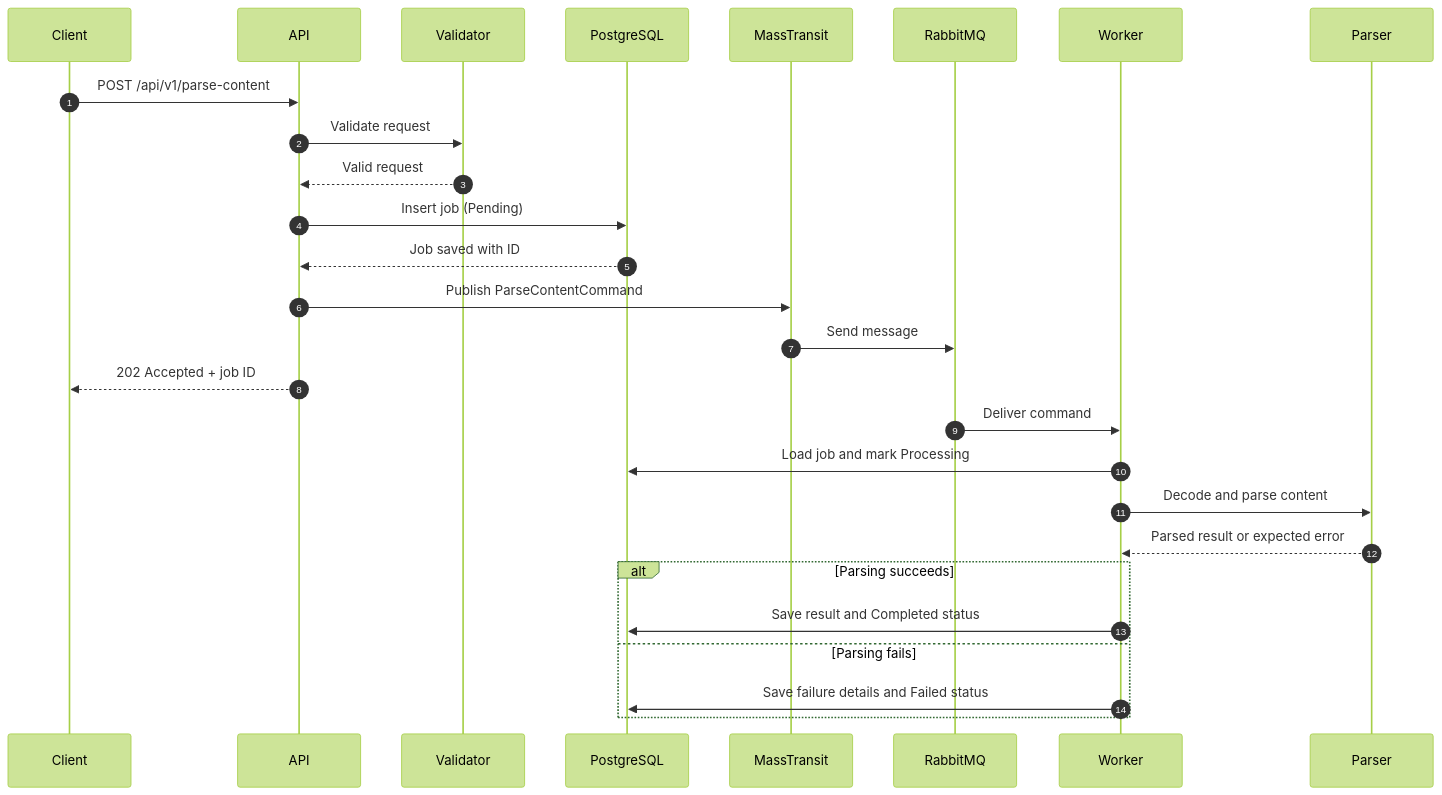
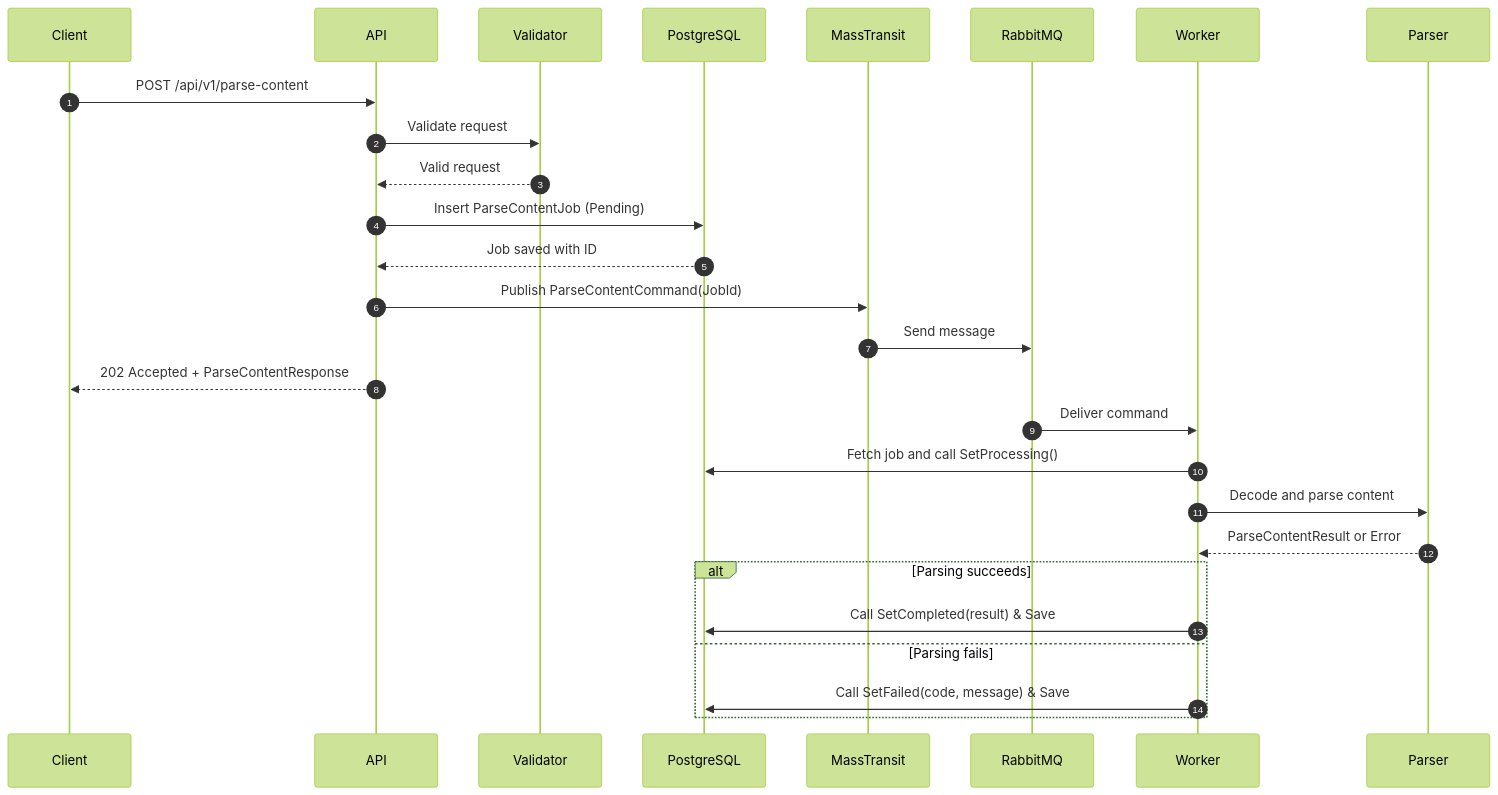
Before and after one commit to DaniilHed/GenerativeParser: the second of 4 diagrams in README.md, drawn with Mermaid (forest theme). The commit also changed other lines of this file, not shown here.

````diff
--- a/README.md
+++ b/README.md
@@ -216,31 +378,31 @@
 ```mermaid
 sequenceDiagram
     autonumber
     participant C as Client
     participant A as API
     participant V as Validator
     participant D as PostgreSQL
     participant M as MassTransit
     participant R as RabbitMQ
     participant W as Worker
     participant P as Parser
 
     C->>A: POST /api/v1/parse-content
     A->>V: Validate request
     V-->>A: Valid request
-    A->>D: Insert job (Pending)
+    A->>D: Insert ParseContentJob (Pending)
     D-->>A: Job saved with ID
-    A->>M: Publish ParseContentCommand
+    A->>M: Publish ParseContentCommand(JobId)
     M->>R: Send message
-    A-->>C: 202 Accepted + job ID
+    A-->>C: 202 Accepted + ParseContentResponse
     R->>W: Deliver command
-    W->>D: Load job and mark Processing
+    W->>D: Fetch job and call SetProcessing()
     W->>P: Decode and parse content
-    P-->>W: Parsed result or expected error
+    P-->>W: ParseContentResult or Error
     alt Parsing succeeds
-        W->>D: Save result and Completed status
+        W->>D: Call SetCompleted(result) & Save
     else Parsing fails
-        W->>D: Save failure details and Failed status
+        W->>D: Call SetFailed(code, message) & Save
     end
 
 ```
````
